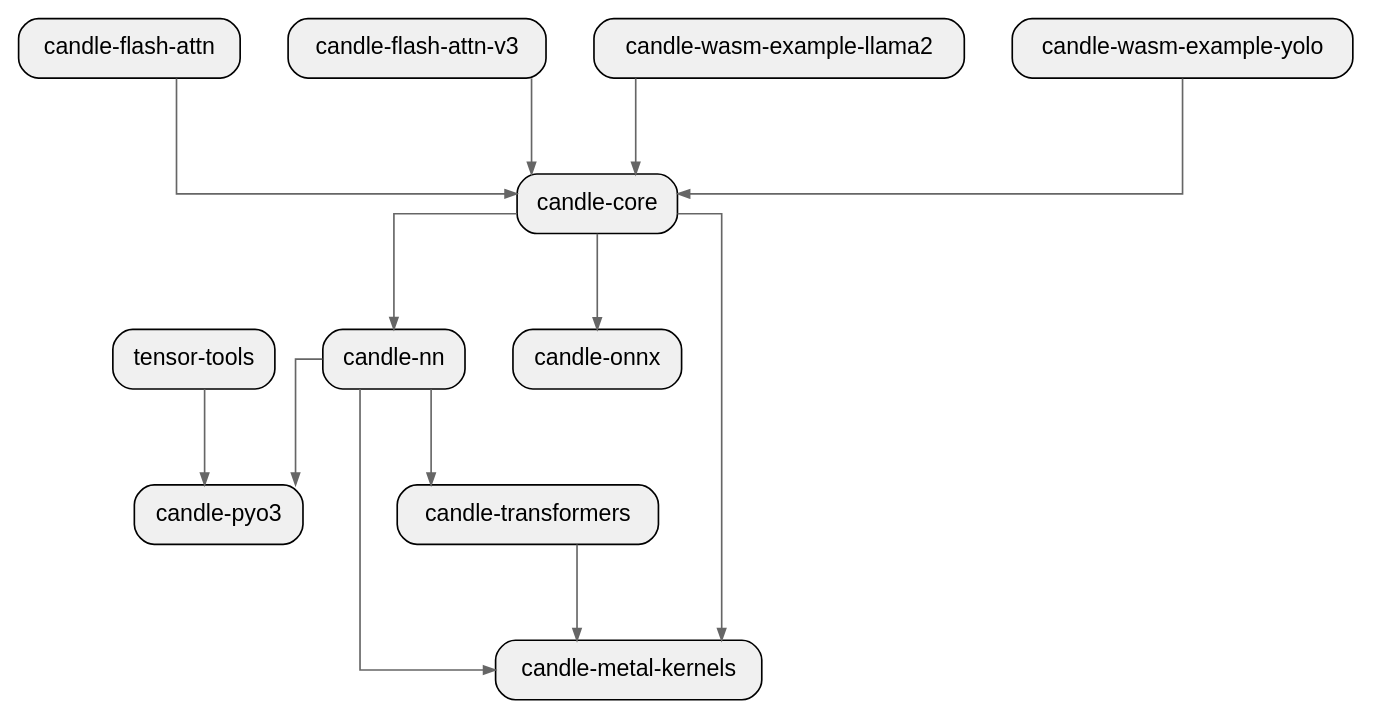
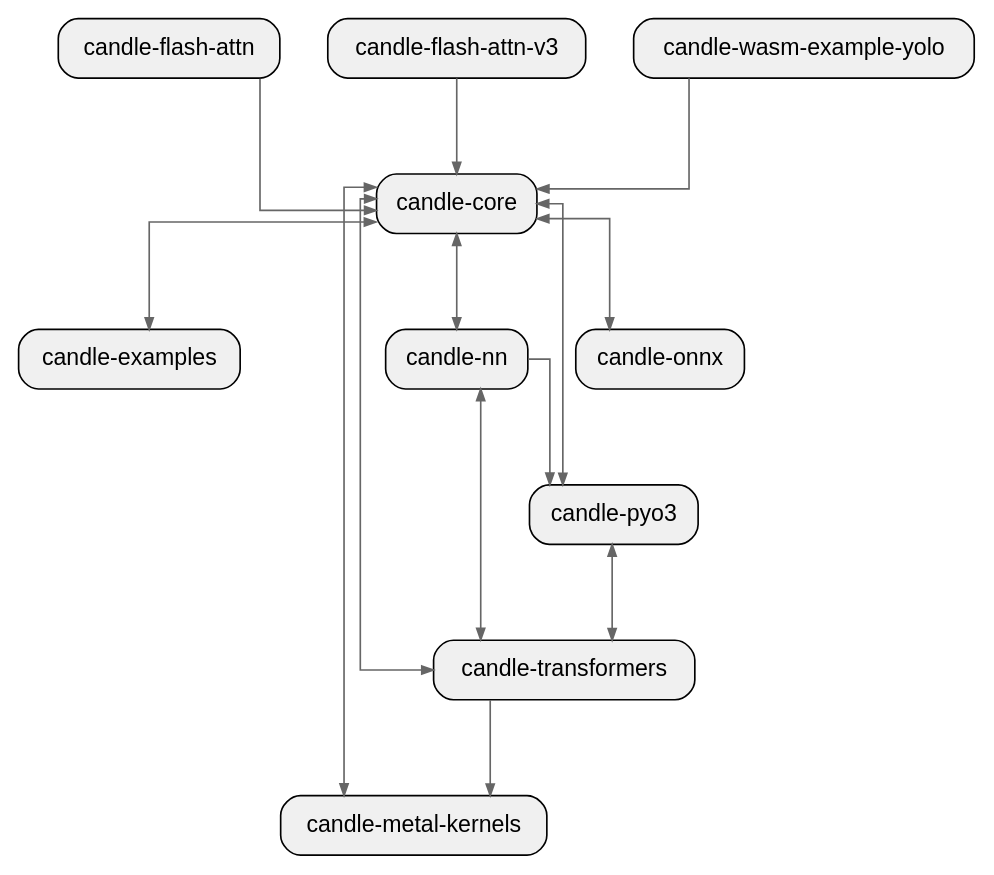
The diagram in sample/rust/candle-pagerank/depth_1_crate.dot (allenanswerzq/llmcc), drawn with Graphviz before and after one commit. The commit also changed 199 other files, not shown here.

```diff
--- a/sample/rust/candle-pagerank/depth_1_crate.dot
+++ b/sample/rust/candle-pagerank/depth_1_crate.dot
@@ -1,40 +1,40 @@
 digraph architecture {
   // Layout settings
   rankdir=TB;
   ranksep=0.8;
   nodesep=0.4;
   splines=ortho;
   concentrate=true;
 
   node [shape=box, style="rounded,filled", fillcolor="#f0f0f0", fontname="Helvetica"];
   edge [color="#666666", arrowsize=0.7];
 
   labelloc=t;
   fontsize=16;
   fontname="Helvetica Bold";
 
   crate_candle_core[label="candle-core"];
+  crate_candle_examples[label="candle-examples"];
   crate_candle_flash_attn[label="candle-flash-attn"];
   crate_candle_flash_attn_v3[label="candle-flash-attn-v3"];
   crate_candle_metal_kernels[label="candle-metal-kernels"];
   crate_candle_nn[label="candle-nn"];
   crate_candle_onnx[label="candle-onnx"];
   crate_candle_pyo3[label="candle-pyo3"];
   crate_candle_transformers[label="candle-transformers"];
-  crate_candle_wasm_example_llama2[label="candle-wasm-example-llama2"];
   crate_candle_wasm_example_yolo[label="candle-wasm-example-yolo"];
-  crate_tensor_tools[label="tensor-tools"];
 
-  crate_candle_core -> crate_candle_metal_kernels;
-  crate_candle_core -> crate_candle_nn;
-  crate_candle_core -> crate_candle_onnx;
+  crate_candle_core -> crate_candle_examples [dir=both]; // dir best-effort not accurate
+  crate_candle_core -> crate_candle_metal_kernels [dir=both]; // dir best-effort not accurate
+  crate_candle_core -> crate_candle_nn [dir=both]; // dir best-effort not accurate
+  crate_candle_core -> crate_candle_onnx [dir=both]; // dir best-effort not accurate
+  crate_candle_core -> crate_candle_pyo3 [dir=both]; // dir best-effort not accurate
+  crate_candle_core -> crate_candle_transformers [dir=both]; // dir best-effort not accurate
   crate_candle_flash_attn -> crate_candle_core;
   crate_candle_flash_attn_v3 -> crate_candle_core;
-  crate_candle_nn -> crate_candle_metal_kernels;
   crate_candle_nn -> crate_candle_pyo3;
-  crate_candle_nn -> crate_candle_transformers;
+  crate_candle_nn -> crate_candle_transformers [dir=both]; // dir best-effort not accurate
+  crate_candle_pyo3 -> crate_candle_transformers [dir=both]; // dir best-effort not accurate
   crate_candle_transformers -> crate_candle_metal_kernels;
-  crate_candle_wasm_example_llama2 -> crate_candle_core;
   crate_candle_wasm_example_yolo -> crate_candle_core;
-  crate_tensor_tools -> crate_candle_pyo3;
 }
```
